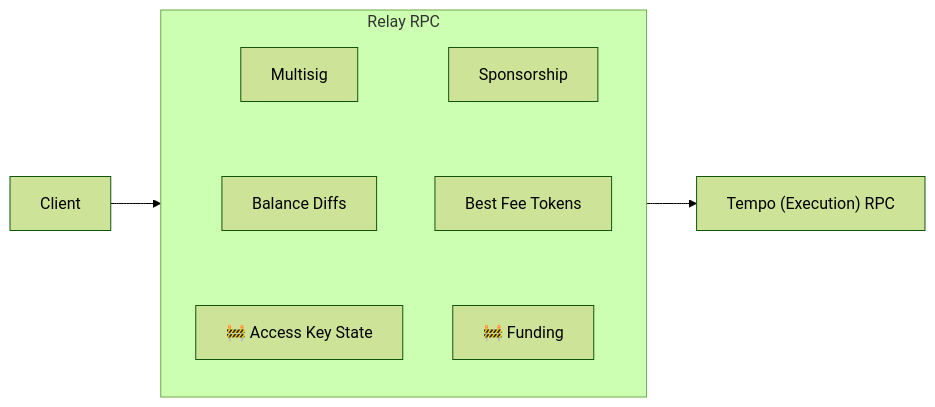
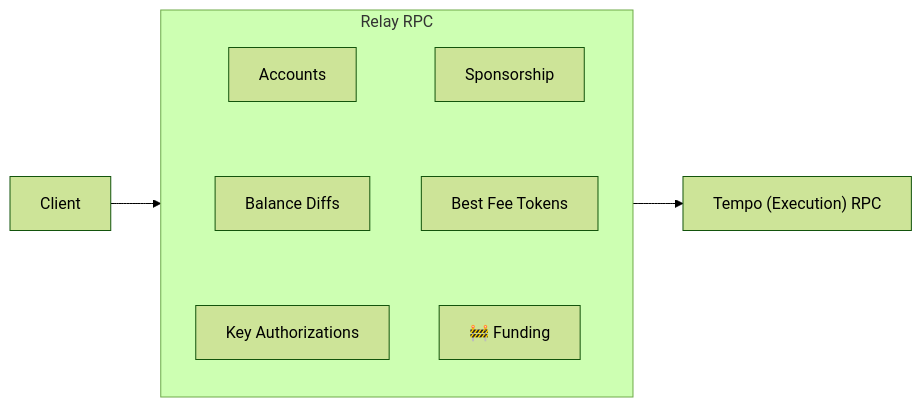
Before and after one commit to wevm/viem: the diagram in site/pages/tempo/guides/relay/index.mdx, drawn with Mermaid (forest theme). The commit also changed other lines of this file and 157 other files, not shown here.

````diff
--- a/site/pages/tempo/guides/relay/index.mdx
+++ b/site/pages/tempo/guides/relay/index.mdx
@@ -15,16 +15,16 @@
 ```mermaid
 flowchart LR
   client[Client] --> relay
   subgraph relay[Relay RPC]
     direction TB
-    multisig[Multisig]
+    accounts[Accounts]
     feePayer[Sponsorship]
     feeToken[Best Fee Tokens]
     simulate[Balance Diffs]
     funding["🚧 Funding"]
-    accessKeyState["🚧 Access Key State"]
-    multisig ~~~ simulate ~~~ accessKeyState
+    accessKeyState[Key Authorizations]
+    accounts ~~~ simulate ~~~ accessKeyState
     feePayer ~~~ feeToken ~~~ funding
   end
   relay --> rpc["Tempo (Execution) RPC"]
 ```
````
